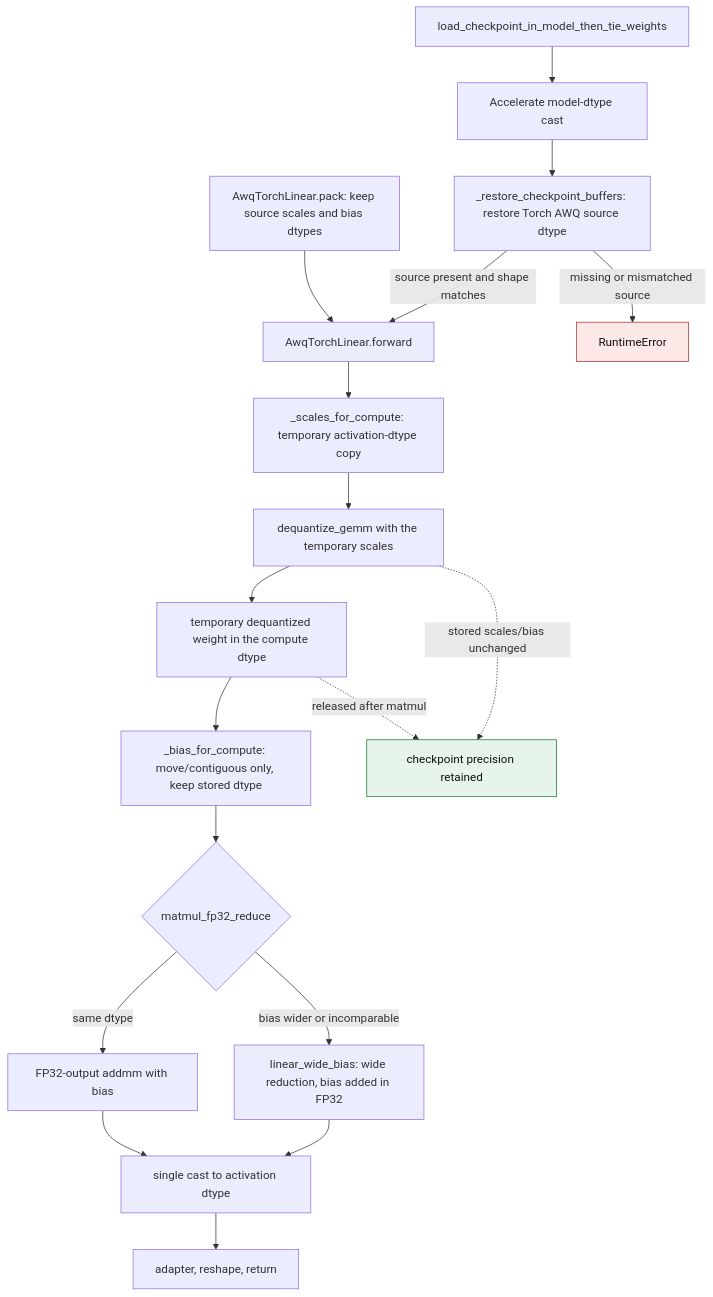
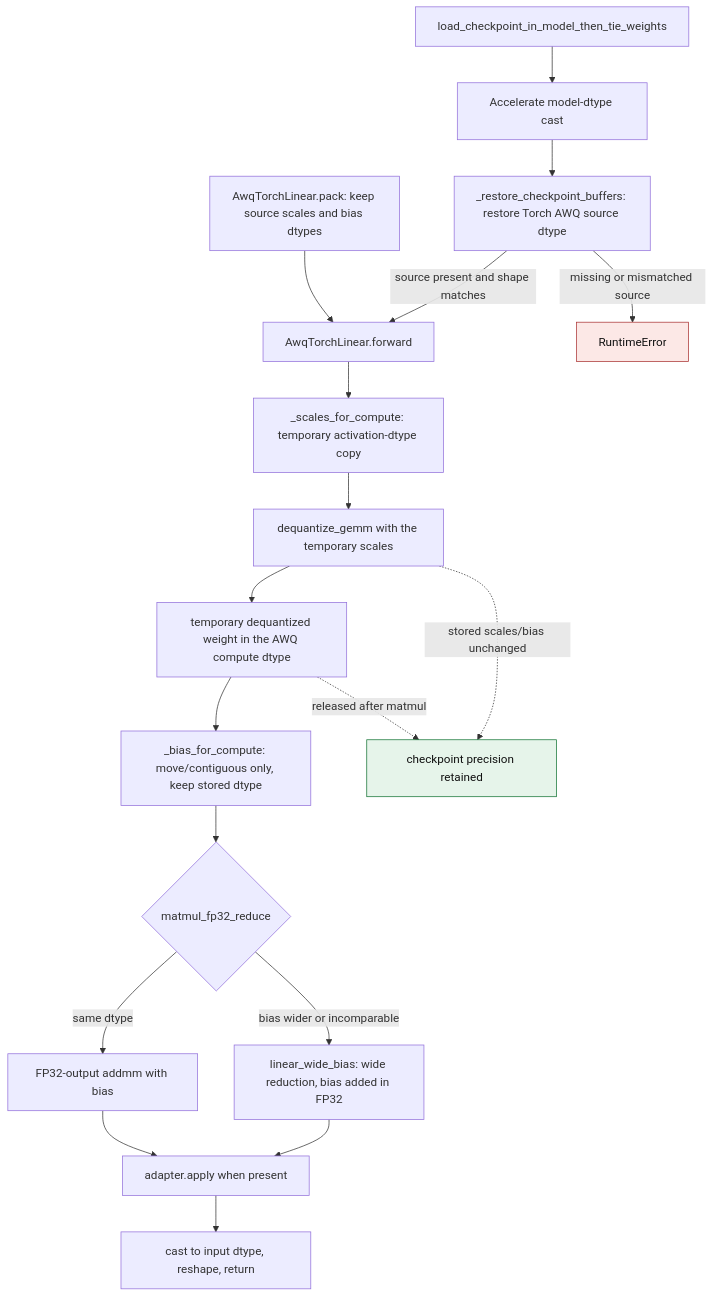
One commit to ModelCloud/GPTQModel changed the diagram in docs/awq-runtime-dtype-precision.md. Above: the diagram before and after it, drawn with Mermaid. The commit also changed other lines of this file and 5 other files, not shown here.

````diff
--- a/docs/awq-runtime-dtype-precision.md
+++ b/docs/awq-runtime-dtype-precision.md
@@ -25,24 +25,24 @@
 ```mermaid
 flowchart TD
     L["load_checkpoint_in_model_then_tie_weights"] --> M["Accelerate model-dtype cast"]
     M --> N["_restore_checkpoint_buffers: restore Torch AWQ source dtype"]
     N -- "source present and shape matches" --> A["AwqTorchLinear.forward"]
     N -- "missing or mismatched source" --> X["RuntimeError"]
     P["AwqTorchLinear.pack: keep source scales and bias dtypes"] --> A
     A --> B["_scales_for_compute: temporary activation-dtype copy"]
     B --> C["dequantize_gemm with the temporary scales"]
-    C --> D["temporary dequantized weight in the compute dtype"]
+    C --> D["temporary dequantized weight in the AWQ compute dtype"]
     D --> E["_bias_for_compute: move/contiguous only, keep stored dtype"]
     E --> F{"matmul_fp32_reduce"}
     F -- "bias wider or incomparable" --> G["linear_wide_bias: wide reduction, bias added in FP32"]
     F -- "same dtype" --> H["FP32-output addmm with bias"]
-    G --> I["single cast to activation dtype"]
+    G --> I["adapter.apply when present"]
     H --> I
-    I --> J["adapter, reshape, return"]
+    I --> J["cast to input dtype, reshape, return"]
     C -. "stored scales/bias unchanged" .-> K["checkpoint precision retained"]
     D -. "released after matmul" .-> K
     classDef failure fill:#fce8e6,stroke:#a33,color:#111
     classDef stored fill:#e6f4ea,stroke:#137333,color:#111
     class X failure
     class K stored
 ```
````
